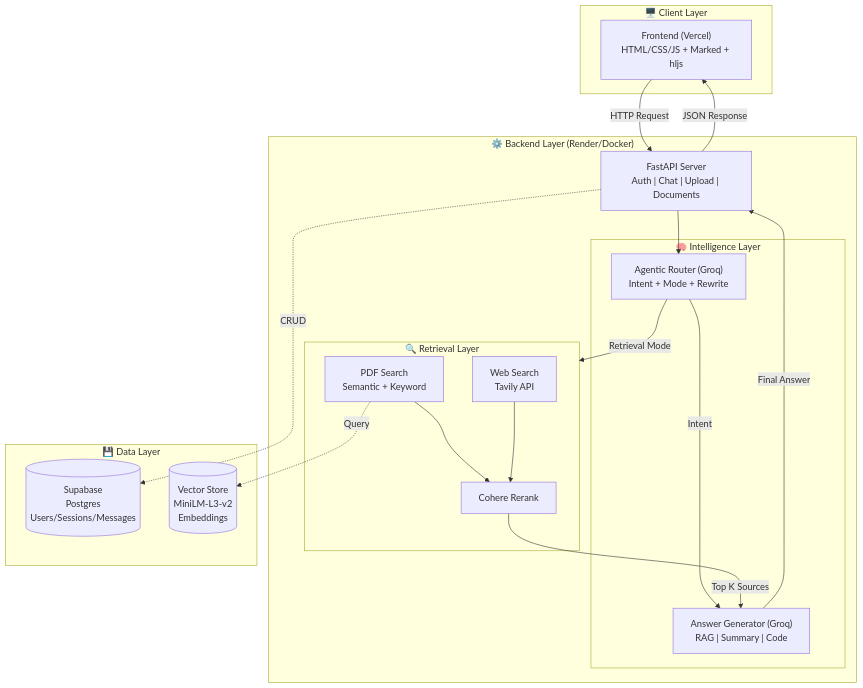
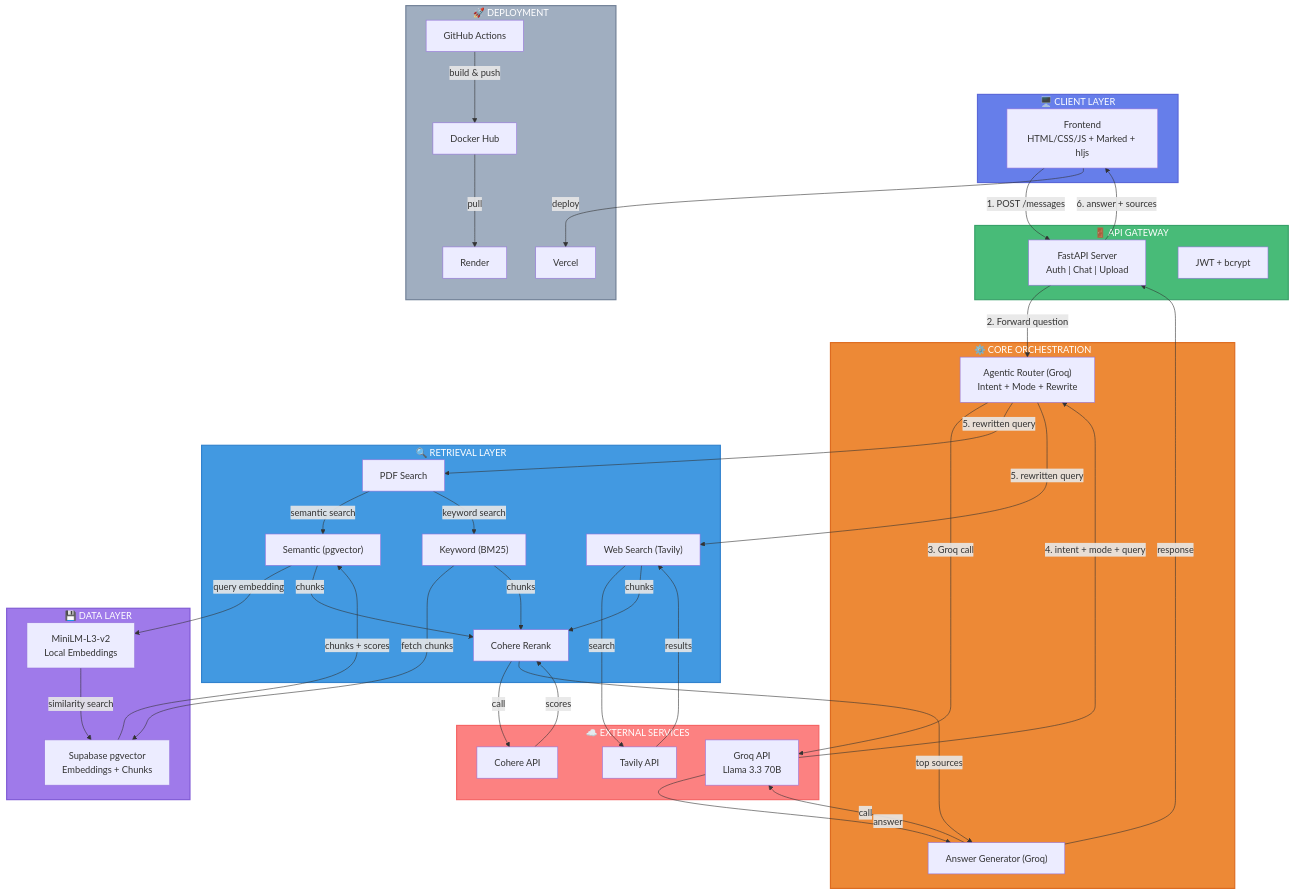
One commit to ajayraj30002/DualMind changed the diagram in README.md. Above: the diagram before and after it, drawn with Mermaid.

````diff
--- a/README.md
+++ b/README.md
@@ -33,42 +33,88 @@
 ```mermaid
 flowchart TB
-    subgraph CLIENT["🖥️ Client Layer"]
-        FRONTEND["Frontend (Vercel)<br/>HTML/CSS/JS + Marked + hljs"]
+    subgraph CLIENT["🖥️ CLIENT LAYER"]
+        UI["Frontend<br/>HTML/CSS/JS + Marked + hljs"]
     end
 
-    subgraph BACKEND["⚙️ Backend Layer (Render/Docker)"]
-        API["FastAPI Server<br/>Auth | Chat | Upload | Documents"]
-        
-        subgraph INTELLIGENCE["🧠 Intelligence Layer"]
-            ROUTER["Agentic Router (Groq)<br/>Intent + Mode + Rewrite"]
-            GENERATE["Answer Generator (Groq)<br/>RAG | Summary | Code"]
-        end
-        
-        subgraph RETRIEVAL["🔍 Retrieval Layer"]
-            PDF["PDF Search<br/>Semantic + Keyword"]
-            WEB["Web Search<br/>Tavily API"]
-            RERANK["Cohere Rerank"]
-        end
+    subgraph API["🚪 API GATEWAY"]
+        FAST["FastAPI Server<br/>Auth | Chat | Upload"]
+        AUTH["JWT + bcrypt"]
     end
 
-    subgraph DATA["💾 Data Layer"]
-        SUPABASE[(Supabase<br/>Postgres<br/>Users/Sessions/Messages)]
-        VECTOR[(Vector Store<br/>MiniLM-L3-v2<br/>Embeddings)]
+    subgraph CORE["⚙️ CORE ORCHESTRATION"]
+        ROUTER["Agentic Router (Groq)<br/>Intent + Mode + Rewrite"]
+        GENERATOR["Answer Generator (Groq)"]
     end
 
-    FRONTEND -->|HTTP Request| API
-    API --> ROUTER
-    ROUTER -->|Retrieval Mode| RETRIEVAL
-    ROUTER -->|Intent| GENERATE
+    subgraph RETRIEVAL["🔍 RETRIEVAL LAYER"]
+        PDF["PDF Search"]
+        SEMANTIC["Semantic (pgvector)"]
+        KEYWORD["Keyword (BM25)"]
+        WEB["Web Search (Tavily)"]
+        RERANK["Cohere Rerank"]
+    end
+
+    subgraph DATA["💾 DATA LAYER"]
+        SUPABASE["Supabase pgvector<br/>Embeddings + Chunks"]
+        VECTOR["MiniLM-L3-v2<br/>Local Embeddings"]
+    end
+
+    subgraph EXTERNAL["☁️ EXTERNAL SERVICES"]
+        GROQ["Groq API<br/>Llama 3.3 70B"]
+        TAVILY["Tavily API"]
+        COHERE["Cohere API"]
+    end
+
+    subgraph DEPLOY["🚀 DEPLOYMENT"]
+        GHA["GitHub Actions"]
+        DOCKER["Docker Hub"]
+        RENDER["Render"]
+        VERCEL["Vercel"]
+    end
+
+    %% USER FLOW (left to right)
+    UI -->|1. POST /messages| FAST
+    FAST -->|2. Forward question| ROUTER
+    ROUTER -->|3. Groq call| GROQ
+    GROQ -->|4. intent + mode + query| ROUTER
+    ROUTER -->|5. rewritten query| PDF
+    ROUTER -->|5. rewritten query| WEB
     
-    PDF --> RERANK
-    WEB --> RERANK
-    RERANK -->|Top K Sources| GENERATE
+    %% PDF RETRIEVAL FLOW
+    PDF -->|semantic search| SEMANTIC
+    PDF -->|keyword search| KEYWORD
+    SEMANTIC -->|query embedding| VECTOR
+    VECTOR -->|similarity search| SUPABASE
+    SUPABASE -->|chunks + scores| SEMANTIC
+    KEYWORD -->|fetch chunks| SUPABASE
     
-    GENERATE -->|Final Answer| API
-    API -->|JSON Response| FRONTEND
+    %% COMBINE RESULTS
+    SEMANTIC -->|chunks| RERANK
+    KEYWORD -->|chunks| RERANK
+    WEB -->|search| TAVILY
+    TAVILY -->|results| WEB
+    WEB -->|chunks| RERANK
+    RERANK -->|call| COHERE
+    COHERE -->|scores| RERANK
     
-    PDF -.->|Query| VECTOR
-    API -.->|CRUD| SUPABASE
+    %% FINAL ANSWER
+    RERANK -->|top sources| GENERATOR
+    GENERATOR -->|call| GROQ
+    GROQ -->|answer| GENERATOR
+    GENERATOR -->|response| FAST
+    FAST -->|6. answer + sources| UI
+    
+    %% DEPLOYMENT FLOW
+    GHA -->|build & push| DOCKER
+    DOCKER -->|pull| RENDER
+    UI -->|deploy| VERCEL
 
+    %% Styling
+    style CLIENT fill:#667eea,stroke:#5a67d8,stroke-width:2px,color:#fff
+    style API fill:#48bb78,stroke:#38a169,stroke-width:2px,color:#fff
+    style CORE fill:#ed8936,stroke:#dd6b20,stroke-width:2px,color:#fff
+    style RETRIEVAL fill:#4299e1,stroke:#3182ce,stroke-width:2px,color:#fff
+    style DATA fill:#9f7aea,stroke:#805ad5,stroke-width:2px,color:#fff
+    style EXTERNAL fill:#fc8181,stroke:#f56565,stroke-width:2px,color:#fff
+    style DEPLOY fill:#a0aec0,stroke:#718096,stroke-width:2px,color:#fff
 ```
````
